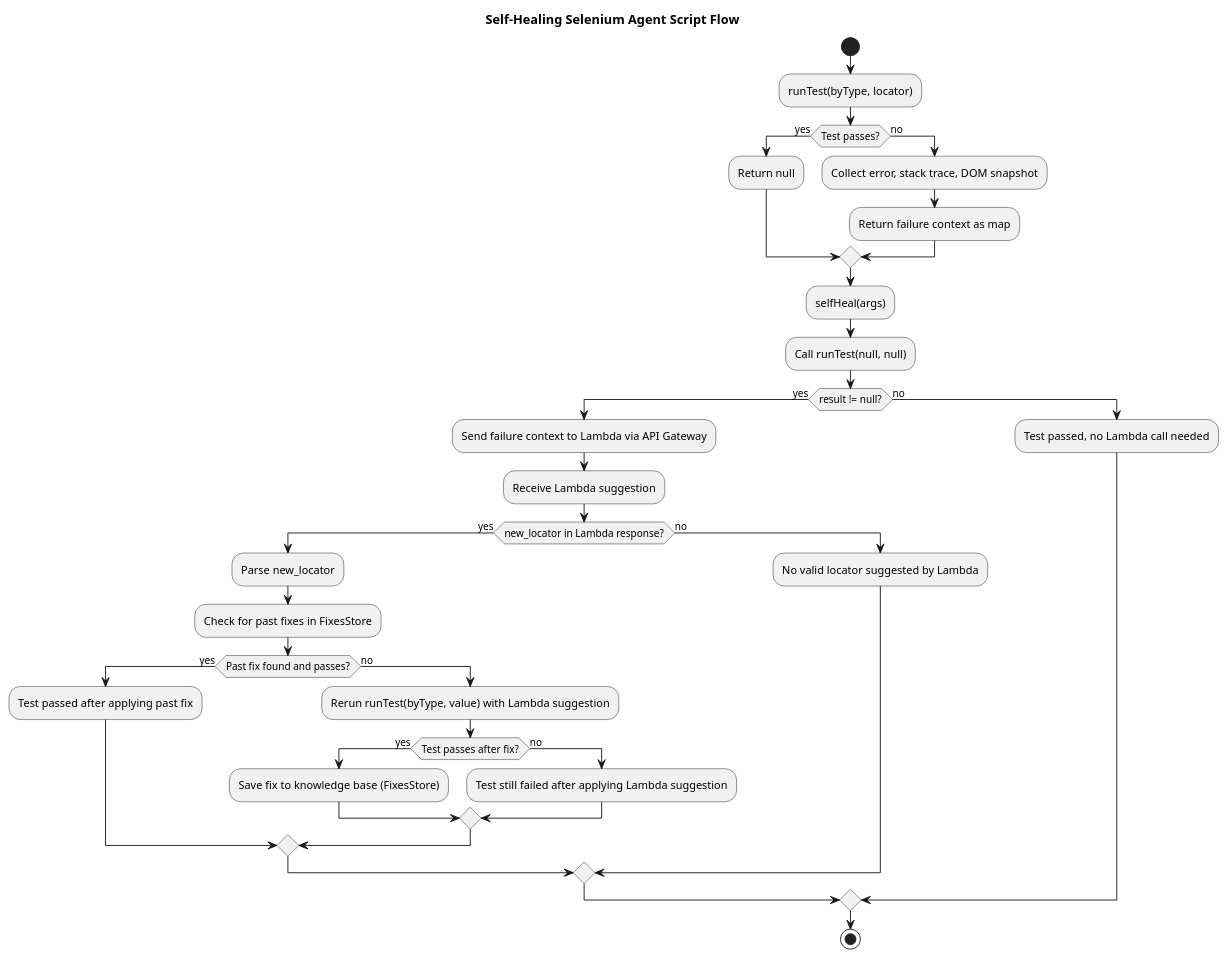
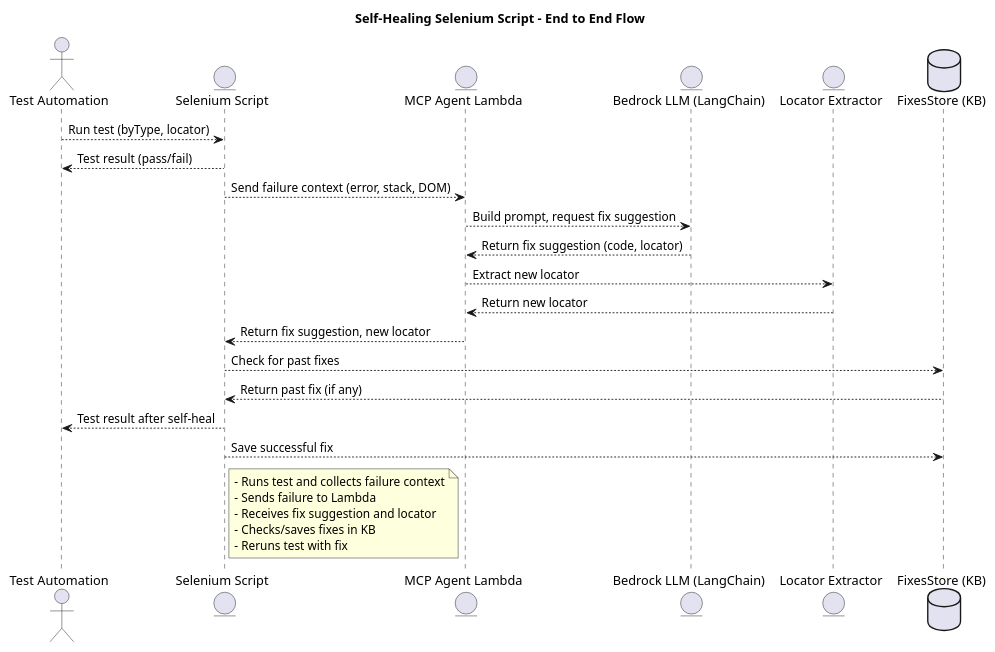
Before and after one commit to pavanchanduri/RAGChatbot: the diagram in mcp_self_healing_agent/PUML Diagrams/selenium_script.puml, drawn with PlantUML. The commit also changed 5 other files, not shown here.

Commit message:
Modified self healing agent implementation

```diff
--- a/mcp_self_healing_agent/PUML Diagrams/selenium_script.puml
+++ b/mcp_self_healing_agent/PUML Diagrams/selenium_script.puml
@@ -1,41 +2,32 @@
-@startuml SelfHealingSeleniumAgent
-title Self-Healing Selenium Agent Script Flow
+@startuml SelfHealingSeleniumE2E
+title Self-Healing Selenium Script - End to End Flow
 
-start
+actor "Test Automation" as TestRunner
+entity "Selenium Script" as Selenium
+entity "MCP Agent Lambda" as Lambda
+entity "Bedrock LLM (LangChain)" as LLM
+entity "Locator Extractor" as LocatorExtract
+database "FixesStore (KB)" as KB
 
-:runTest(byType, locator);
-if (Test passes?) then (yes)
-    :Return null;
-else (no)
-    :Collect error, stack trace, DOM snapshot;
-    :Return failure context as map;
-endif
+TestRunner --> Selenium : Run test (byType, locator)
+Selenium --> TestRunner : Test result (pass/fail)
+Selenium --> Lambda : Send failure context (error, stack, DOM)
+Lambda --> LLM : Build prompt, request fix suggestion
+LLM --> Lambda : Return fix suggestion (code, locator)
+Lambda --> LocatorExtract : Extract new locator
+LocatorExtract --> Lambda : Return new locator
+Lambda --> Selenium : Return fix suggestion, new locator
+Selenium --> KB : Check for past fixes
+KB --> Selenium : Return past fix (if any)
+Selenium --> TestRunner : Test result after self-heal
+Selenium --> KB : Save successful fix
 
-:selfHeal(args);
-:Call runTest(null, null);
-if (result != null?) then (yes)
-    :Send failure context to Lambda via API Gateway;
-    :Receive Lambda suggestion;
-    if (new_locator in Lambda response?) then (yes)
-        :Parse new_locator;
-        :Check for past fixes in FixesStore;
-        if (Past fix found and passes?) then (yes)
-            :Test passed after applying past fix;
-        else (no)
-            :Rerun runTest(byType, value) with Lambda suggestion;
-            if (Test passes after fix?) then (yes)
-                :Save fix to knowledge base (FixesStore);
-            else (no)
-                :Test still failed after applying Lambda suggestion;
-            endif
-        endif
-    else (no)
-        :No valid locator suggested by Lambda;
-    endif
-else (no)
-    :Test passed, no Lambda call needed;
-endif
-
-stop
+note right of Selenium
+- Runs test and collects failure context
+- Sends failure to Lambda
+- Receives fix suggestion and locator
+- Checks/saves fixes in KB
+- Reruns test with fix
+end note
 
 @enduml
```
